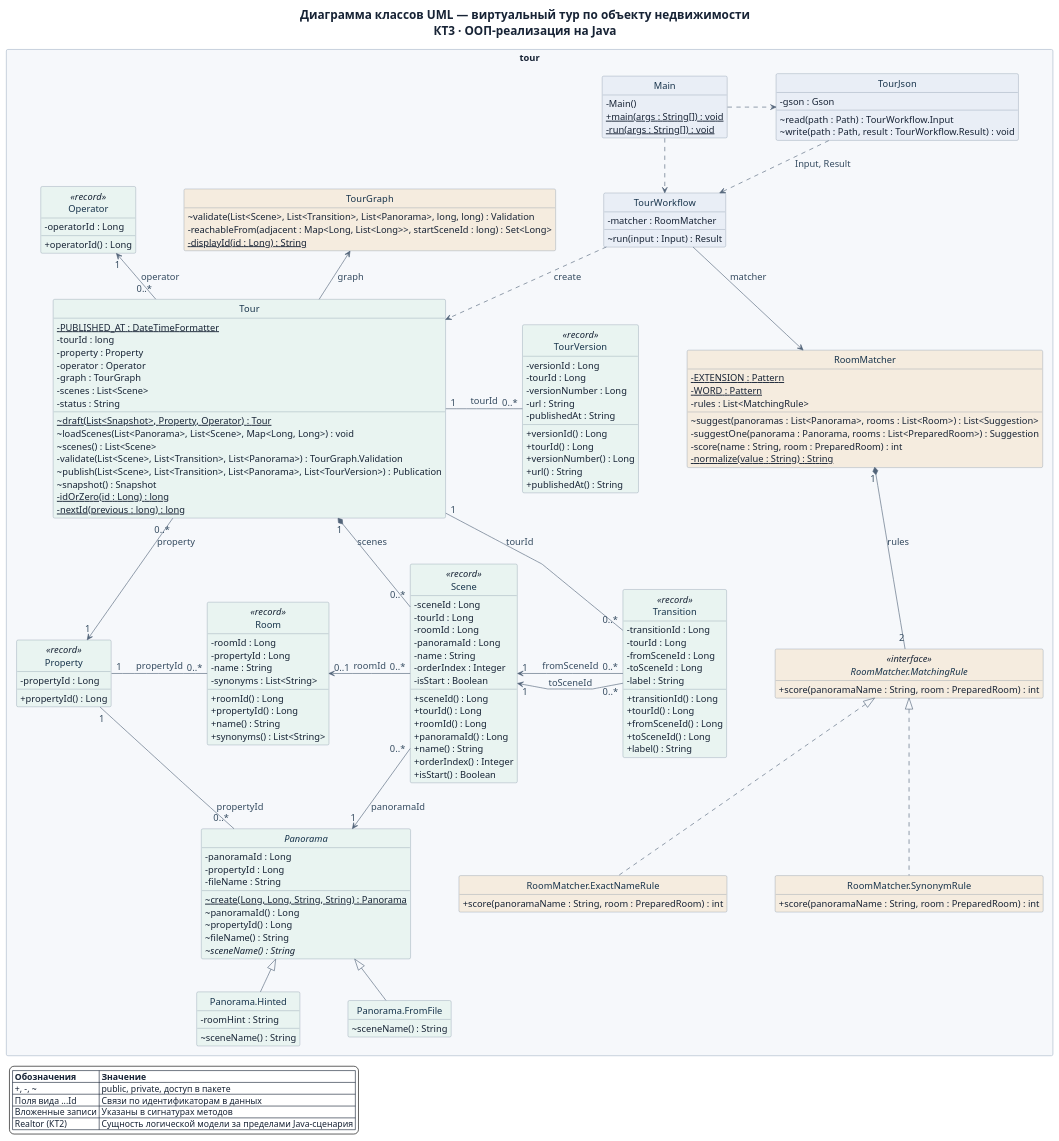
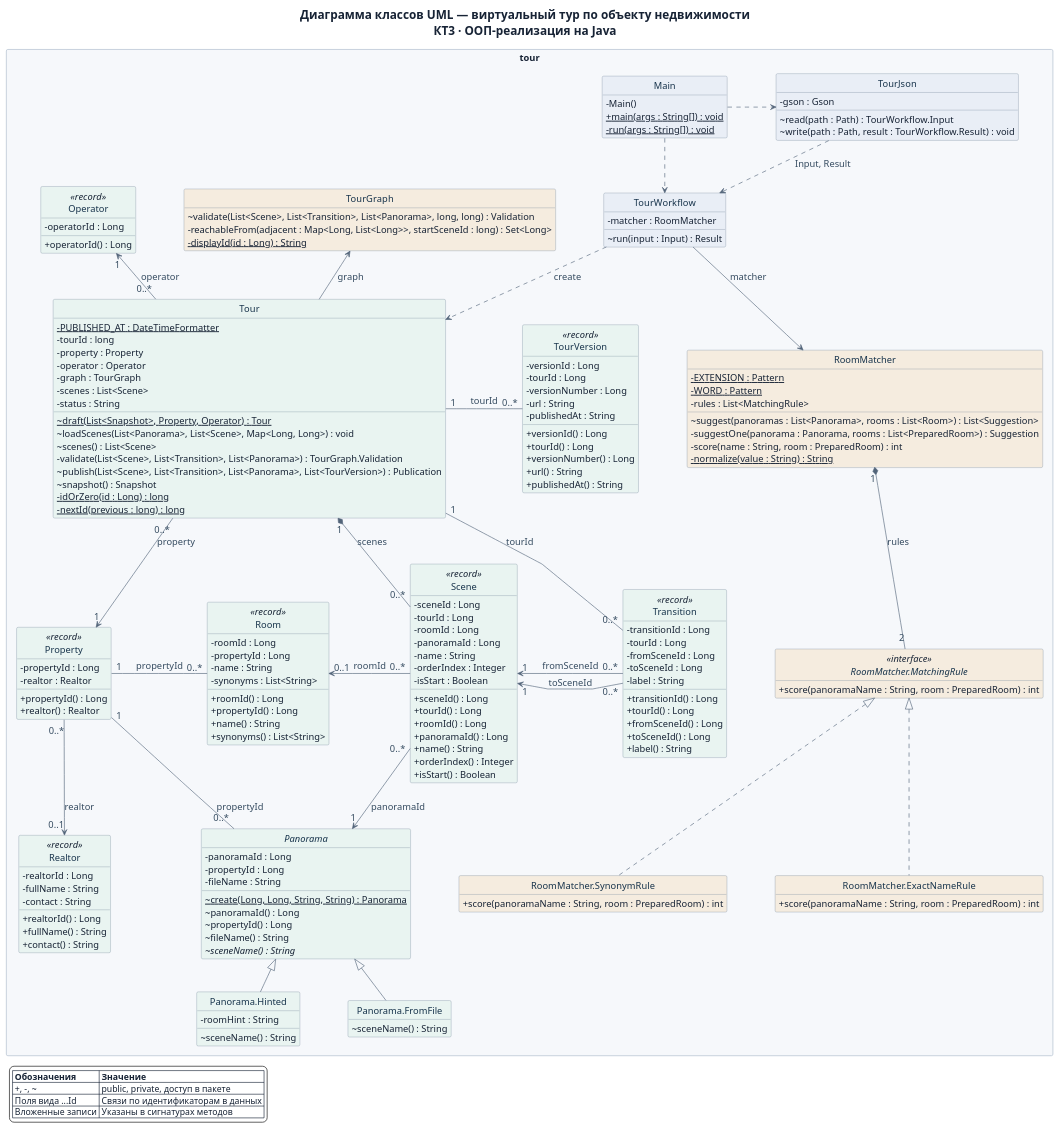
One commit to babeyko/study_practice_5_sem changed the diagram in models/classes.puml. Above: the diagram before and after it, drawn with PlantUML. The commit also changed 7 other files, not shown here.

Commit message:
Добавить сущность Realtor и обновить диаграмму классов

```diff
--- a/models/classes.puml
+++ b/models/classes.puml
@@ -46,7 +46,18 @@
 
     class Property <<record>> #E9F4F1 {
         - propertyId : Long
+        - realtor : Realtor
         + propertyId() : Long
+        + realtor() : Realtor
+    }
+
+    class Realtor <<record>> #E9F4F1 {
+        - realtorId : Long
+        - fullName : String
+        - contact : String
+        + realtorId() : Long
+        + fullName() : String
+        + contact() : String
     }
 
     class Operator <<record>> #E9F4F1 {
@@ -185,6 +196,7 @@
     Tour "1" -down- "0..*" Transition : tourId
     Tour "1" -right- "0..*" TourVersion : tourId
     Tour -up-> TourGraph : graph
+    Property "0..*" -down-> "0..1" Realtor : realtor
     Property "1" -right- "0..*" Room : propertyId
     Property "1" -[norank]- "0..*" Panorama : propertyId
     Scene "0..*" -left-> "0..1" Room : roomId
@@ -207,6 +219,5 @@
   | +, -, ~ | public, private, доступ в пакете |
   | Поля вида ...Id | Связи по идентификаторам в данных |
   | Вложенные записи | Указаны в сигнатурах методов |
-  | Realtor (КТ2) | Сущность логической модели за пределами Java-сценария |
 endlegend
 @enduml
```
